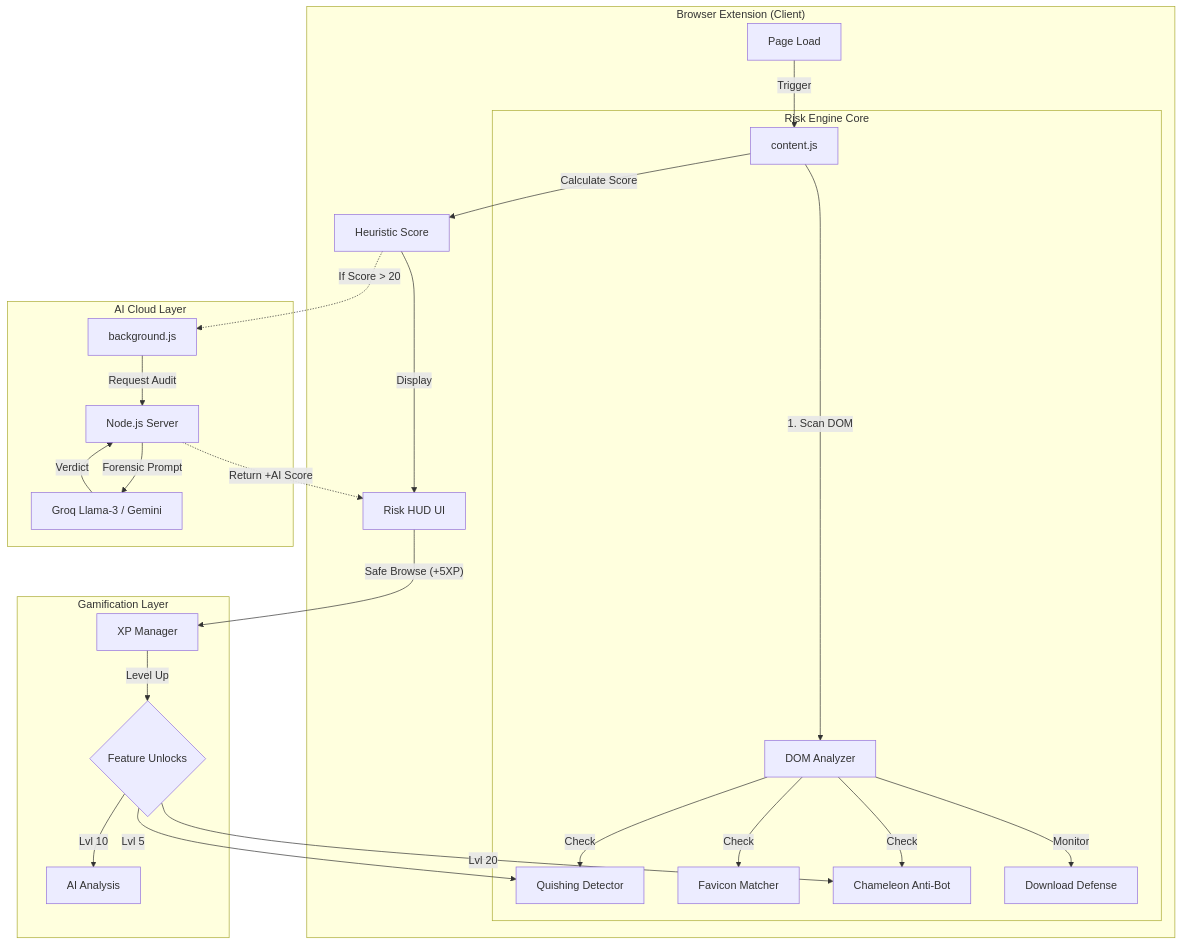
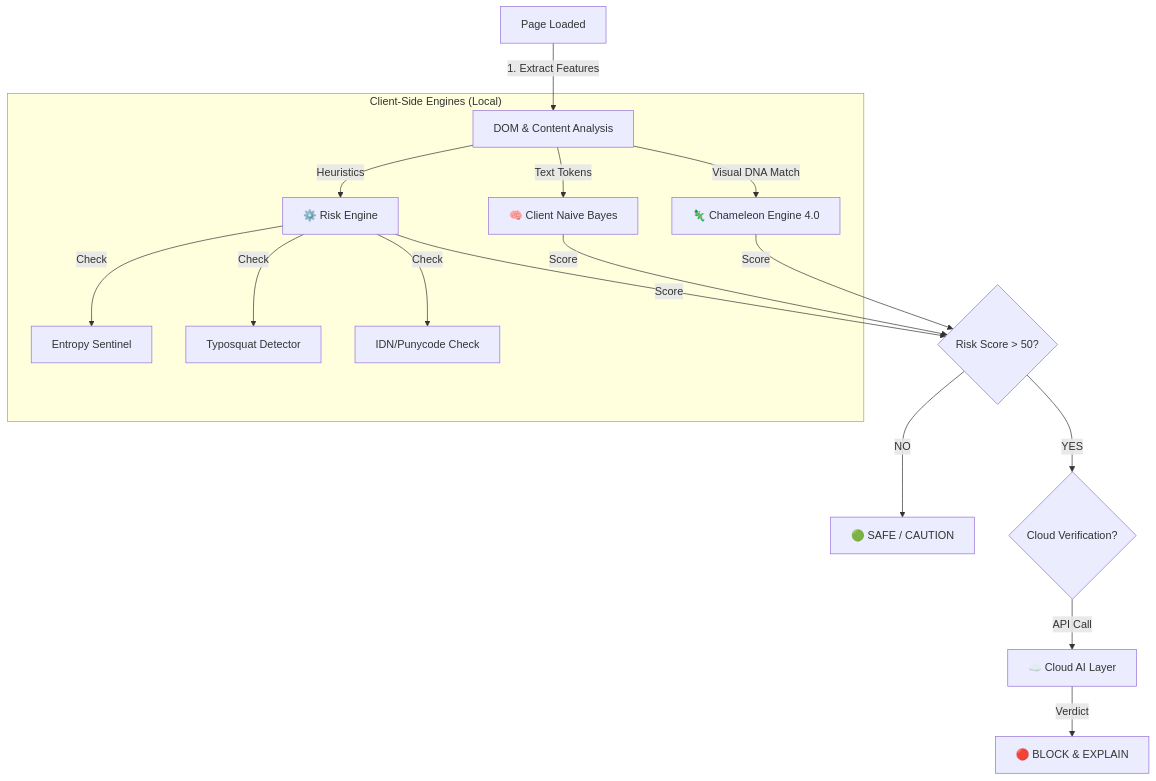
Before and after one commit to subratkumarpadhy4/oculus: the first of 3 diagrams in README.md, drawn with Mermaid. The commit also changed other lines of this file, not shown here.

Commit message:
docs: Comprehensive update to README.md covering all features, installation, and logic flows

````diff
--- a/README.md
+++ b/README.md
@@ -46,33 +45,24 @@
 ```mermaid
 graph TD
-    subgraph "Browser Extension (Client)"
-        Input[Page Load] -->|Trigger| Content[content.js]
+    Start[Page Loaded] -->|1. Extract Features| DOM[DOM & Content Analysis]
+    
+    subgraph "Client-Side Engines (Local)"
+        DOM -->|Visual DNA Match| Chameleon[🦎 Chameleon Engine 4.0]
+        DOM -->|Text Tokens| NaiveBayes[🧠 Client Naive Bayes]
+        DOM -->|Heuristics| RiskEngine[⚙️ Risk Engine]
         
-        subgraph "Risk Engine Core"
-            Content -->|1. Scan DOM| DOM[DOM Analyzer]
-            DOM -->|Check| QR[Quishing Detector]
-            DOM -->|Check| Favicon[Favicon Matcher]
-            DOM -->|Check| Cham[Chameleon Anti-Bot]
-            DOM -->|Monitor| DL[Download Defense]
-        end
-        
-        Content -->|Calculate Score| Heuristics[Heuristic Score]
-        Heuristics -->|Display| HUD[Risk HUD UI]
+        RiskEngine -->|Check| Entropy[Entropy Sentinel]
+        RiskEngine -->|Check| Typosquat[Typosquat Detector]
+        RiskEngine -->|Check| Punycode[IDN/Punycode Check]
     end
-
-    subgraph "Gamification Layer"
-        HUD -->|"Safe Browse (+5XP)"| XP[XP Manager]
-        XP -->|Level Up| Unlocks{Feature Unlocks}
-        Unlocks -->|Lvl 5| QR
-        Unlocks -->|Lvl 10| AI_Enable[AI Analysis]
-        Unlocks -->|Lvl 20| Cham
-    end
-
-    subgraph "AI Cloud Layer"
-        Heuristics -.->|"If Score > 20"| BG[background.js]
-        BG -->|Request Audit| Server[Node.js Server]
-        Server -->|Forensic Prompt| LLM[Groq Llama-3 / Gemini]
-        LLM -->|Verdict| Server
-        Server -.->|"Return +AI Score"| HUD
-    end
+    
+    Chameleon -->|Score| Aggregator{Risk Score > 50?}
+    NaiveBayes -->|Score| Aggregator
+    RiskEngine -->|Score| Aggregator
+    
+    Aggregator -- NO --> Safe[🟢 SAFE / CAUTION]
+    Aggregator -- YES --> CloudCheck{Cloud Verification?}
+    
+    CloudCheck -->|API Call| CloudAI[☁️ Cloud AI Layer]
+    CloudAI -->|Verdict| Block[🔴 BLOCK & EXPLAIN]
 ```
````
